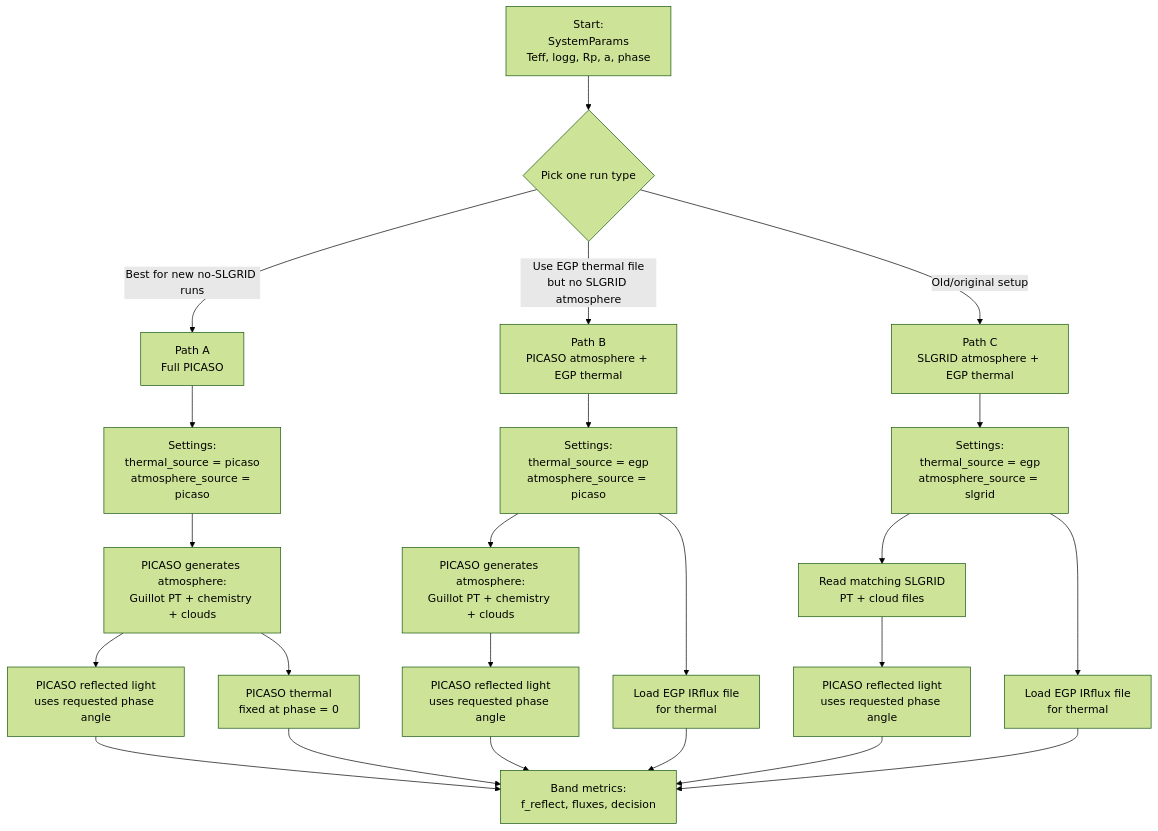
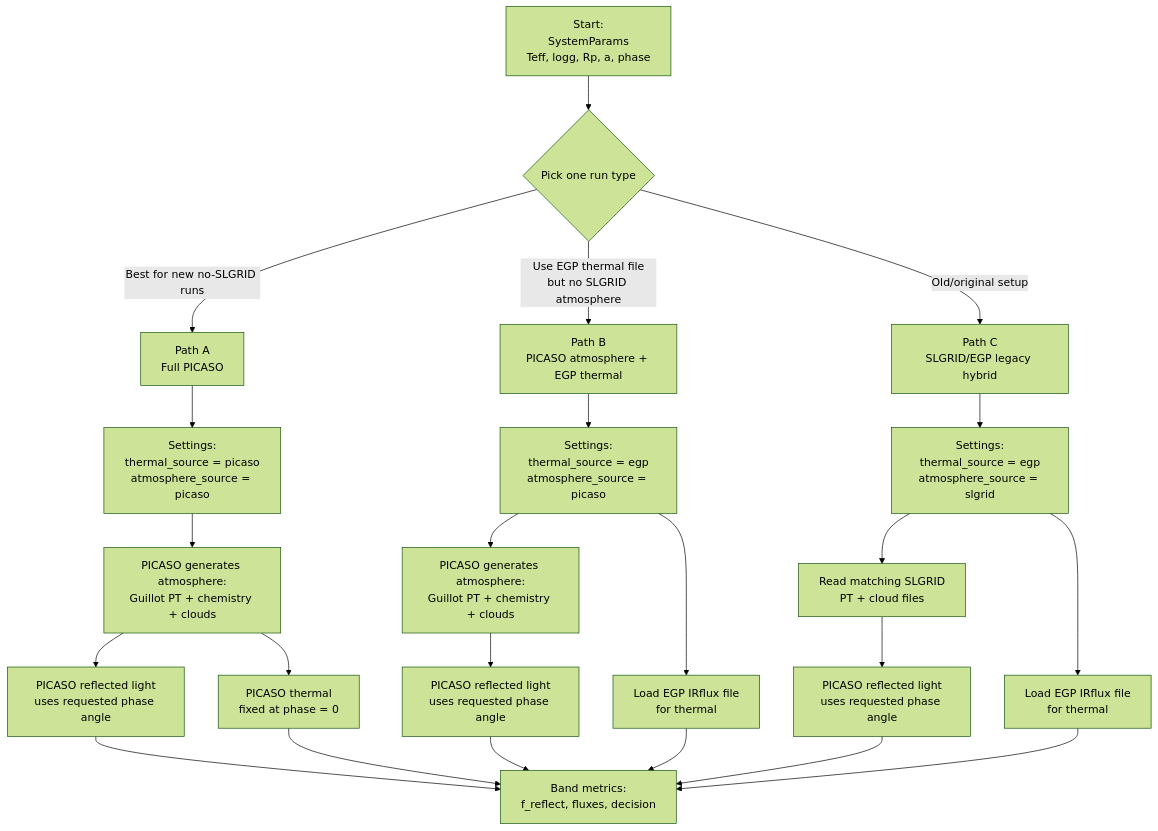
The first of 2 diagrams in ROADRUNNER_SOURCE_FLOWCHART.md (DevXinHuang/aurora), drawn with Mermaid (forest theme) before and after one commit. The commit also changed other lines of this file and 3 other files, not shown here.

````diff
--- a/ROADRUNNER_SOURCE_FLOWCHART.md
+++ b/ROADRUNNER_SOURCE_FLOWCHART.md
@@ -5,29 +5,29 @@
 ```mermaid
 flowchart TD
     A["Start:<br/>SystemParams<br/>Teff, logg, Rp, a, phase"] --> B{"Pick one run type"}
 
     B -->|"Best for new no-SLGRID runs"| C["Path A<br/>Full PICASO"]
     B -->|"Use EGP thermal file<br/>but no SLGRID atmosphere"| D["Path B<br/>PICASO atmosphere + EGP thermal"]
-    B -->|"Old/original setup"| E["Path C<br/>SLGRID atmosphere + EGP thermal"]
+    B -->|"Old/original setup"| E["Path C<br/>SLGRID/EGP legacy hybrid"]
 
     C --> C1["Settings:<br/>thermal_source = picaso<br/>atmosphere_source = picaso"]
     C1 --> C2["PICASO generates atmosphere:<br/>Guillot PT + chemistry + clouds"]
     C2 --> C3["PICASO reflected light<br/>uses requested phase angle"]
     C2 --> C4["PICASO thermal<br/>fixed at phase = 0"]
     C3 --> Z["Band metrics:<br/>f_reflect, fluxes, decision"]
     C4 --> Z
 
     D --> D1["Settings:<br/>thermal_source = egp<br/>atmosphere_source = picaso"]
     D1 --> D2["PICASO generates atmosphere:<br/>Guillot PT + chemistry + clouds"]
     D2 --> D3["PICASO reflected light<br/>uses requested phase angle"]
     D1 --> D4["Load EGP IRflux file<br/>for thermal"]
     D3 --> Z
     D4 --> Z
 
     E --> E1["Settings:<br/>thermal_source = egp<br/>atmosphere_source = slgrid"]
     E1 --> E2["Read matching SLGRID<br/>PT + cloud files"]
     E2 --> E3["PICASO reflected light<br/>uses requested phase angle"]
     E1 --> E4["Load EGP IRflux file<br/>for thermal"]
     E3 --> Z
     E4 --> Z
 ```
````
